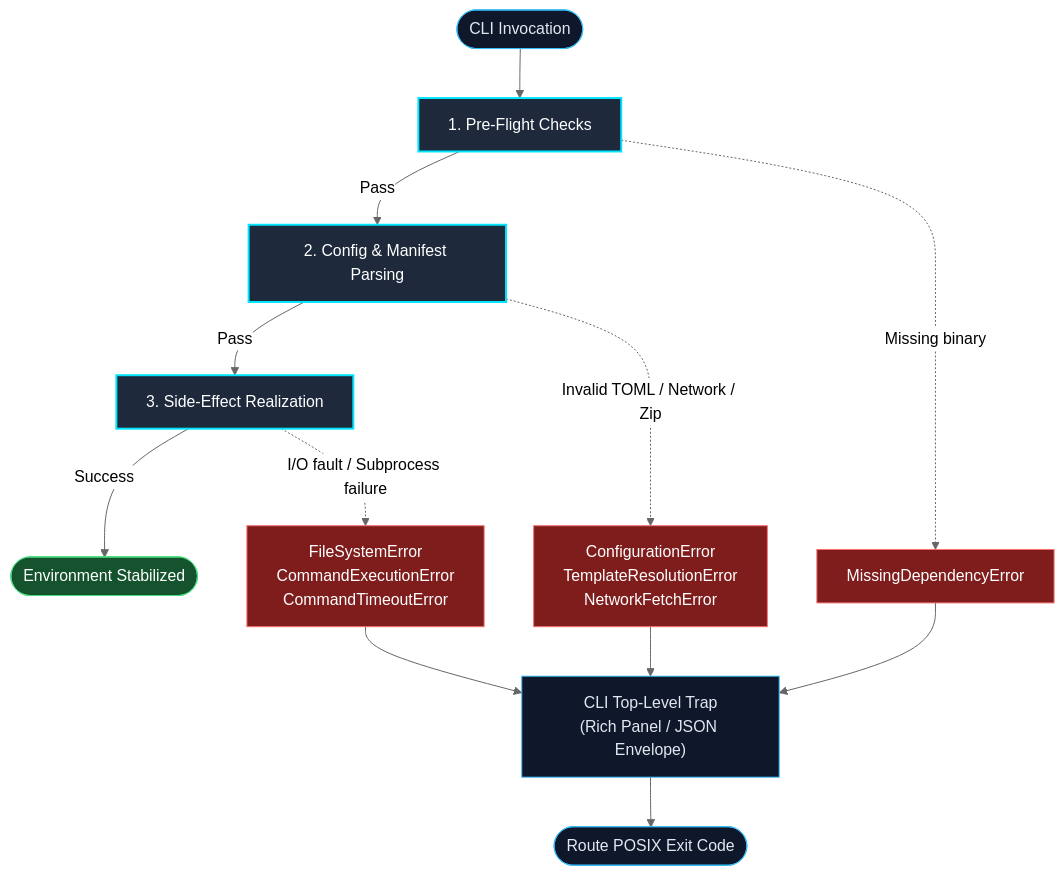
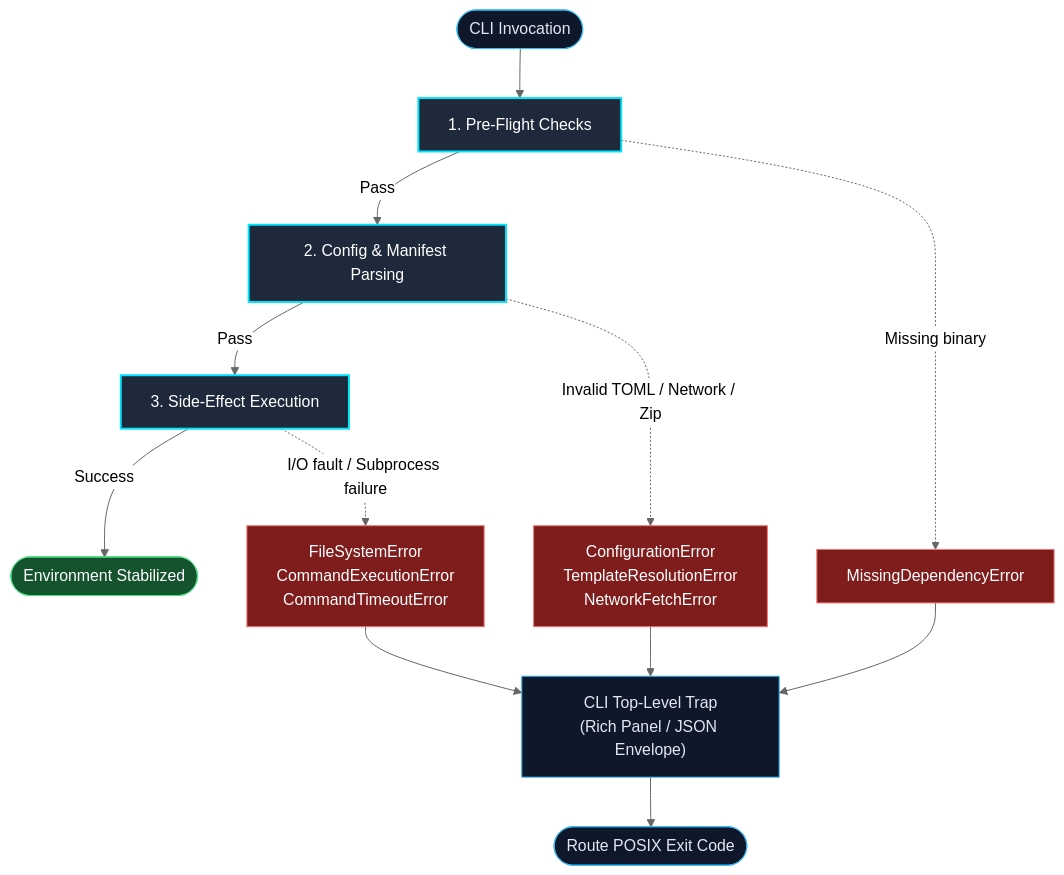
Before and after one commit to JacksonFergusonDev/protostar: the diagram in docs/mechanics/error_handling.md, drawn with Mermaid (neutral theme). The commit also changed other lines of this file and 20 other files, not shown here.

````diff
--- a/docs/mechanics/error_handling.md
+++ b/docs/mechanics/error_handling.md
@@ -33,19 +33,19 @@
 ```mermaid
 flowchart TD
     classDef phase fill:#1e293b,stroke:#00e5ff,stroke-width:2px,color:#fff;
     classDef error fill:#7f1d1d,stroke:#f87171,stroke-width:1px,color:#fff;
     classDef core fill:#0f172a,stroke:#38bdf8,stroke-width:1px,color:#e2e8f0;
     classDef success fill:#14532d,stroke:#4ade80,stroke-width:1px,color:#fff;
 
     Start([CLI Invocation]):::core --> P1["1. Pre-Flight Checks"]:::phase
     P1 -->|Pass| P2["2. Config & Manifest Parsing"]:::phase
-    P2 -->|Pass| P3["3. Side-Effect Realization"]:::phase
+    P2 -->|Pass| P3["3. Side-Effect Execution"]:::phase
     P3 -->|Success| End([Environment Stabilized]):::success
 
     P1 -.->|Missing binary| E1["MissingDependencyError"]:::error
     P2 -.->|Invalid TOML / Network / Zip| E2["ConfigurationError<br/>TemplateResolutionError<br/>NetworkFetchError"]:::error
     P3 -.->|I/O fault / Subprocess failure| E3["FileSystemError<br/>CommandExecutionError<br/>CommandTimeoutError"]:::error
 
     E1 & E2 & E3 --> Trap["CLI Top-Level Trap<br/>(Rich Panel / JSON Envelope)"]:::core
     Trap --> Exit([Route POSIX Exit Code]):::core
 ```
````
